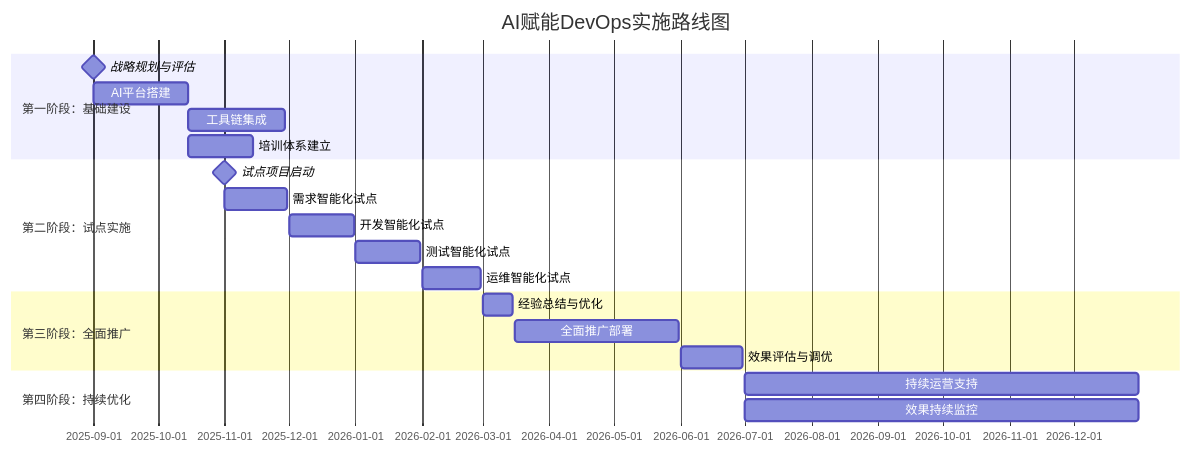
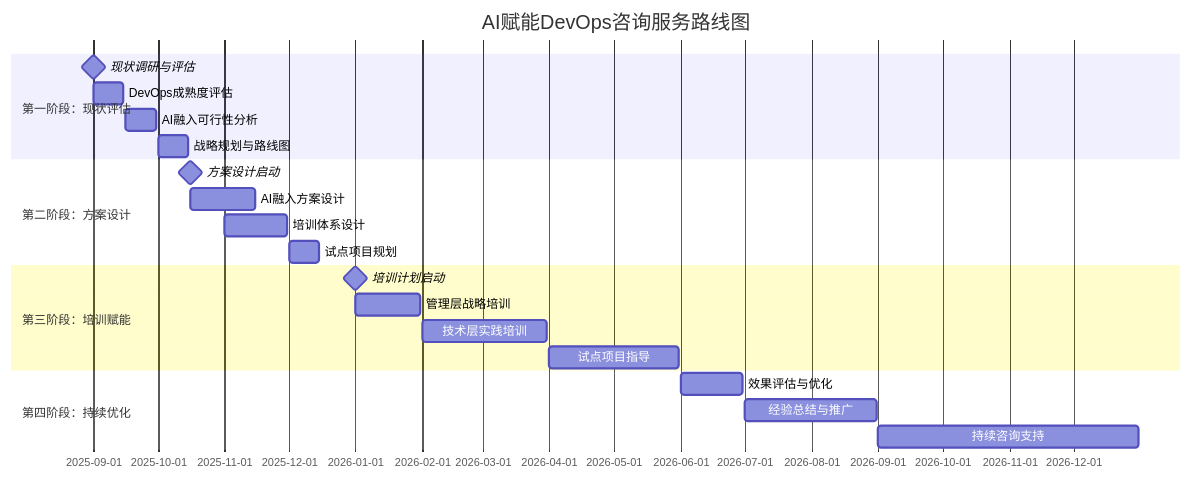
One commit to chuanminglu/aiworkdocs changed the second of 2 diagrams in 广州集装箱/AI赋能企业DevOps流程数字化转型解决方案.md. Above: the diagram before and after it, drawn with Mermaid. The commit also changed other lines of this file, not shown here.

````diff
--- a/广州集装箱/AI赋能企业DevOps流程数字化转型解决方案.md
+++ b/广州集装箱/AI赋能企业DevOps流程数字化转型解决方案.md
@@ -632,26 +535,27 @@
 ```mermaid
 gantt
-    title AI赋能DevOps实施路线图
+    title AI赋能DevOps咨询服务路线图
     dateFormat  YYYY-MM-DD
-    section 第一阶段：基础建设
-    战略规划与评估        :milestone, m1, 2025-09-01, 0d
-    AI平台搭建           :a1, 2025-09-01, 2025-10-15
-    工具链集成           :a2, after a1, 45d
-    培训体系建立         :a3, after a1, 30d
+    section 第一阶段：现状评估
+    现状调研与评估        :milestone, m1, 2025-09-01, 0d
+    DevOps成熟度评估      :a1, 2025-09-01, 2025-09-15
+    AI融入可行性分析      :a2, 2025-09-16, 2025-09-30
+    战略规划与路线图      :a3, 2025-10-01, 2025-10-15
     
-    section 第二阶段：试点实施
-    试点项目启动         :milestone, m2, 2025-11-01, 0d
-    需求智能化试点       :b1, 2025-11-01, 2025-11-30
-    开发智能化试点       :b2, 2025-12-01, 2025-12-31
-    测试智能化试点       :b3, 2026-01-01, 2026-01-31
-    运维智能化试点       :b4, 2026-02-01, 2026-02-28
+    section 第二阶段：方案设计
+    方案设计启动         :milestone, m2, 2025-10-16, 0d
+    AI融入方案设计       :b1, 2025-10-16, 2025-11-15
+    培训体系设计         :b2, 2025-11-01, 2025-11-30
+    试点项目规划         :b3, 2025-12-01, 2025-12-15
     
-    section 第三阶段：全面推广
-    经验总结与优化       :c1, 2026-03-01, 2026-03-15
-    全面推广部署         :c2, 2026-03-16, 2026-05-31
-    效果评估与调优       :c3, 2026-06-01, 2026-06-30
+    section 第三阶段：培训赋能
+    培训计划启动         :milestone, m3, 2026-01-01, 0d
+    管理层战略培训       :c1, 2026-01-01, 2026-01-31
+    技术层实践培训       :c2, 2026-02-01, 2026-03-31
+    试点项目指导         :c3, 2026-04-01, 2026-05-31
     
     section 第四阶段：持续优化
-    持续运营支持         :d1, 2026-07-01, 2026-12-31
-    效果持续监控         :d2, 2026-07-01, 2026-12-31
+    效果评估与优化       :d1, 2026-06-01, 2026-06-30
+    经验总结与推广       :d2, 2026-07-01, 2026-08-31
+    持续咨询支持         :d3, 2026-09-01, 2026-12-31
 ```
````
